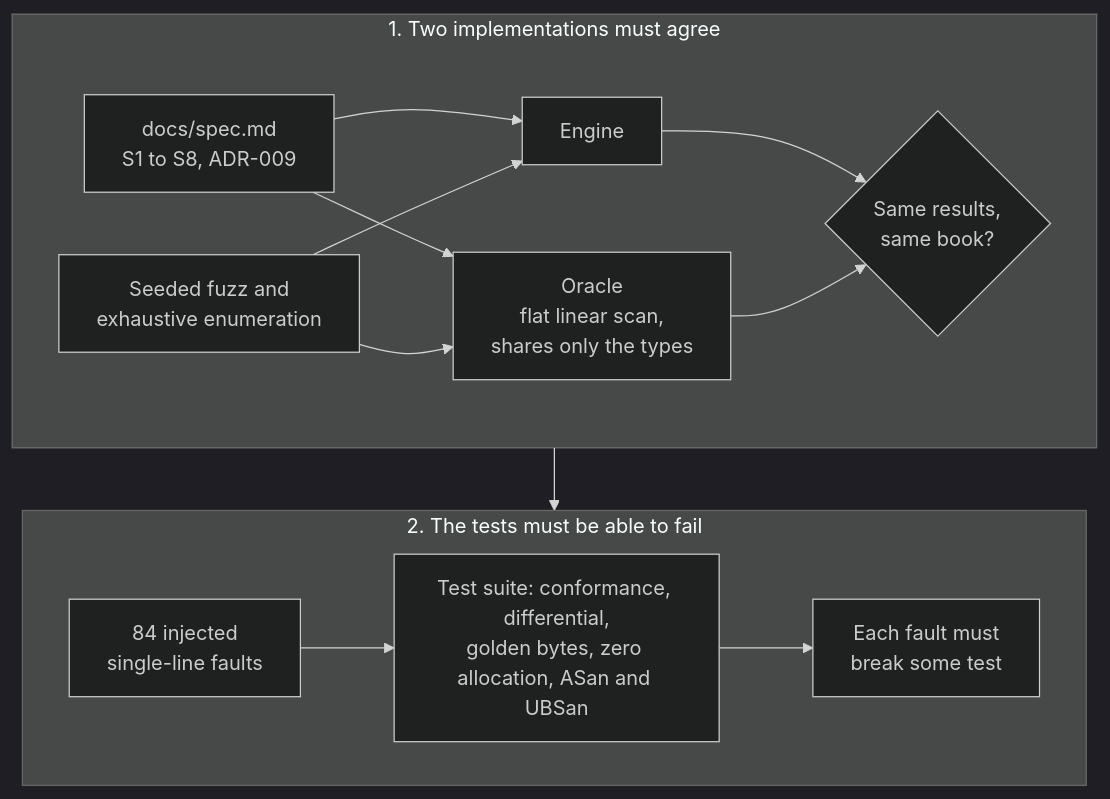
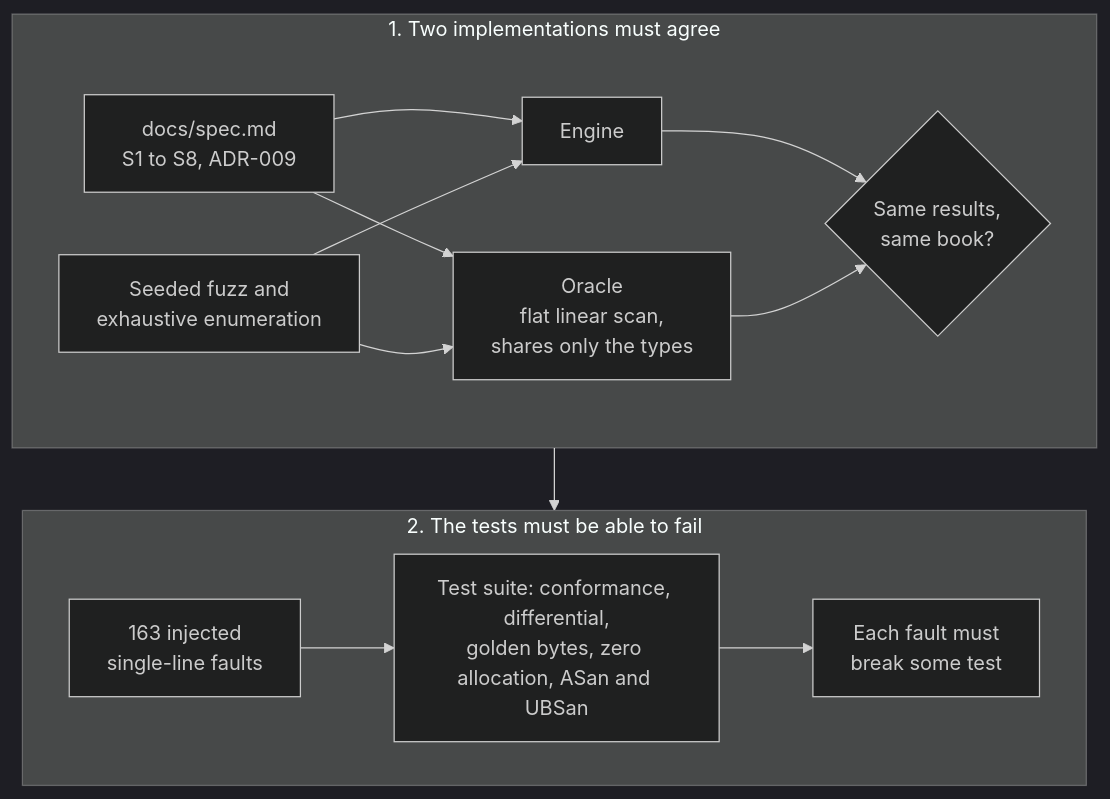
Before and after one commit to akshatsinghrajawat/limit-order-matching-engine: the third of 4 diagrams in README.md, drawn with Mermaid (dark theme). The commit also changed other lines of this file and 31 other files, not shown here.

````diff
--- a/README.md
+++ b/README.md
@@ -282,17 +312,17 @@
 ```mermaid
 flowchart TB
     subgraph diff["1. Two implementations must agree"]
         direction LR
         spec["docs/spec.md<br/>S1 to S8, ADR-009"] --> eng["Engine"]
         spec --> orc["Oracle<br/>flat linear scan,<br/>shares only the types"]
         gen["Seeded fuzz and<br/>exhaustive enumeration"] --> eng
         gen --> orc
         eng --> cmp{"Same results,<br/>same book?"}
         orc --> cmp
     end
     subgraph guard["2. The tests must be able to fail"]
         direction LR
-        mut["84 injected<br/>single-line faults"] --> suite["Test suite: conformance, differential,<br/>golden bytes, zero allocation, ASan and UBSan"] --> kill["Each fault must<br/>break some test"]
+        mut["163 injected<br/>single-line faults"] --> suite["Test suite: conformance, differential,<br/>golden bytes, zero allocation, ASan and UBSan"] --> kill["Each fault must<br/>break some test"]
     end
     diff --> guard
 ```
````
